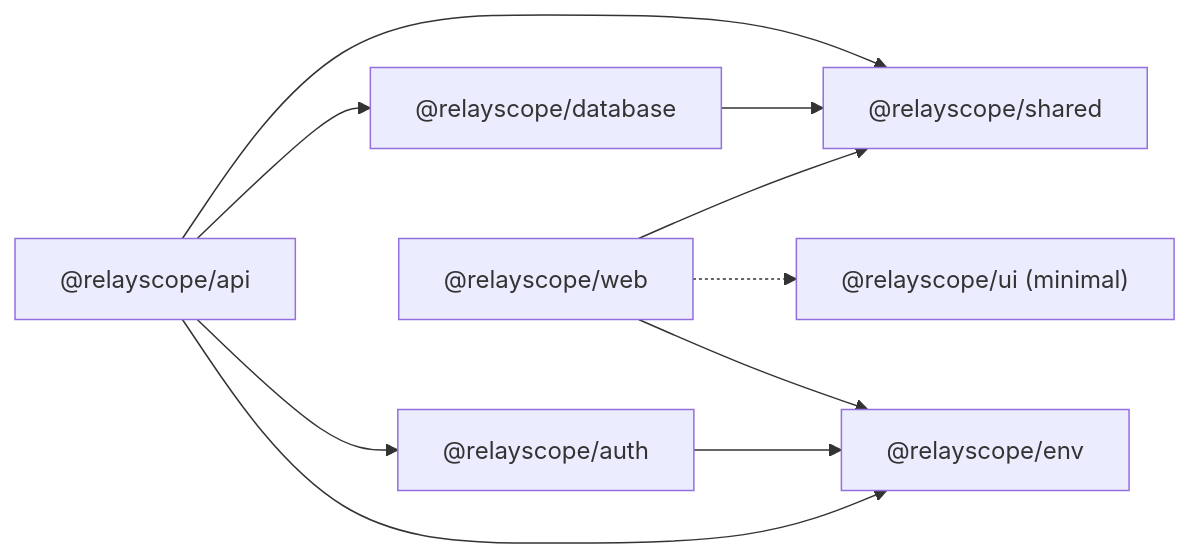
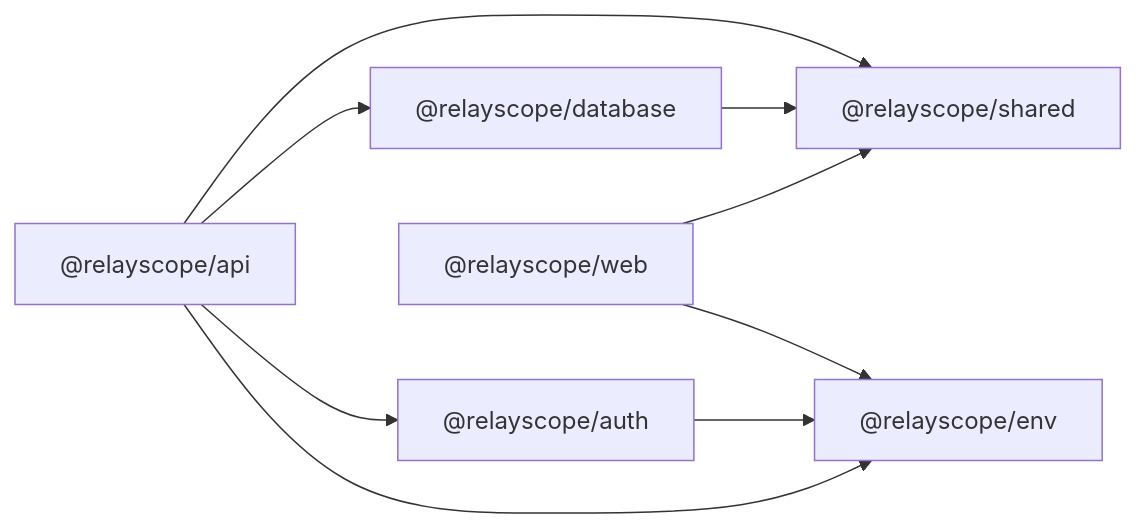
One commit to saad-tayyab/relay-dog changed the second of 2 diagrams in README.md. Above: the diagram before and after it, drawn with Mermaid. The commit also changed other lines of this file and 1 other file, not shown here.

````diff
--- a/README.md
+++ b/README.md
@@ -148,20 +148,18 @@
 ```mermaid
 graph LR
     ENV["@relayscope/env"]
     SHARED["@relayscope/shared"]
     DB["@relayscope/database"]
     AUTH["@relayscope/auth"]
-    UI["@relayscope/ui (minimal)"]
     WEB["@relayscope/web"]
     API["@relayscope/api"]
 
     WEB --> SHARED
-    WEB -.-> UI
     API --> SHARED
     API --> DB
     API --> AUTH
     DB --> SHARED
     AUTH --> ENV
     API --> ENV
     WEB --> ENV
 ```
````
